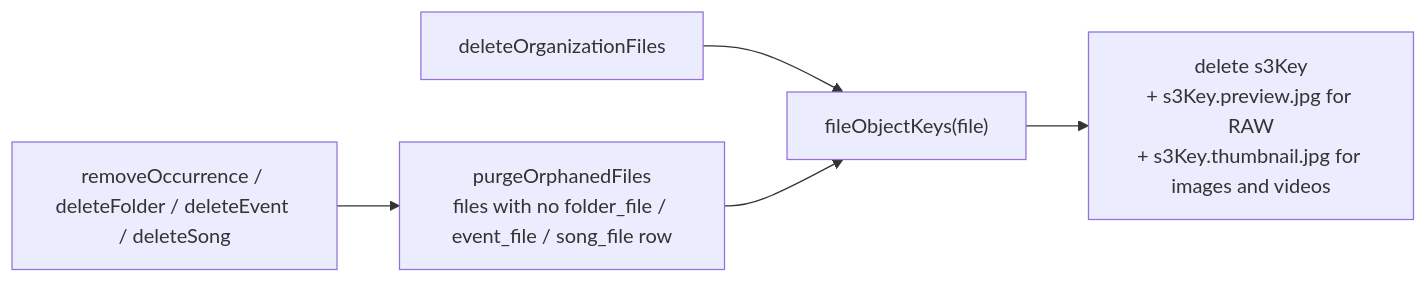
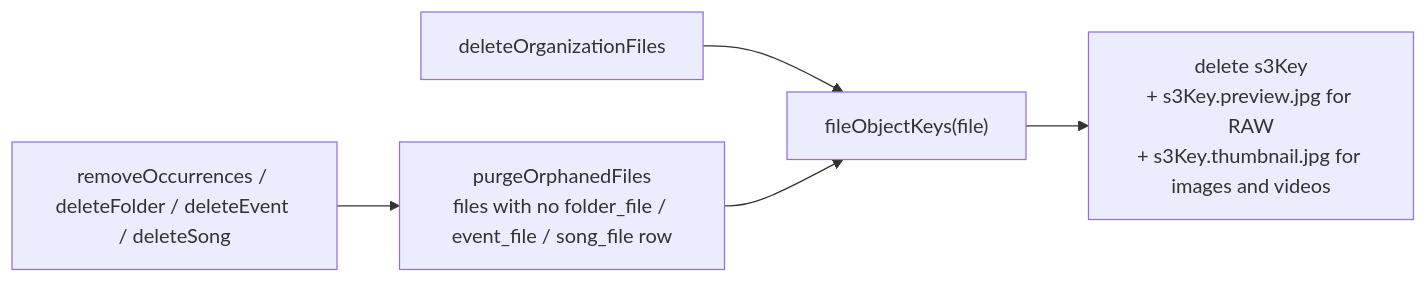
One commit to FaXaq/echo changed the third of 3 diagrams in packages/modules/src/drive/README.md. Above: the diagram before and after it, drawn with Mermaid. The commit also changed 59 other files, not shown here.

Commit message:
fix(drive): batch occurrence removal, moves and folder paths; drop raw sql

````diff
--- a/packages/modules/src/drive/README.md
+++ b/packages/modules/src/drive/README.md
@@ -88,7 +88,7 @@
 ```mermaid
 flowchart LR
-    A["removeOccurrence / deleteFolder / deleteEvent / deleteSong"] --> B["purgeOrphanedFiles<br/>files with no folder_file / event_file / song_file row"]
+    A["removeOccurrences / deleteFolder / deleteEvent / deleteSong"] --> B["purgeOrphanedFiles<br/>files with no folder_file / event_file / song_file row"]
     C["deleteOrganizationFiles"] --> D
     B --> D["fileObjectKeys(file)"]
     D --> E["delete s3Key<br/>+ s3Key.preview.jpg for RAW<br/>+ s3Key.thumbnail.jpg for images and videos"]
 ```
````
